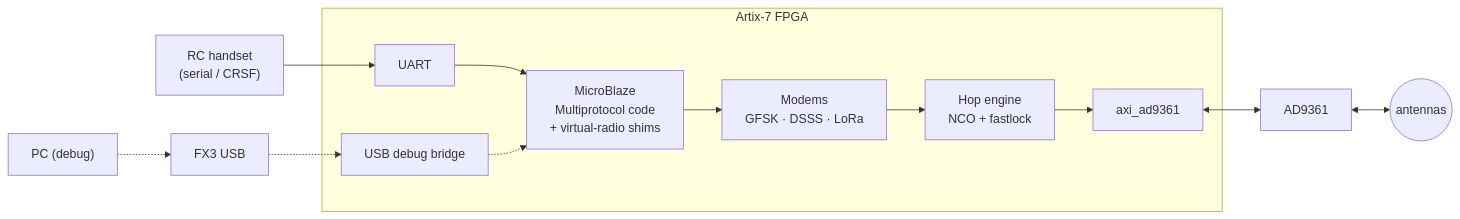
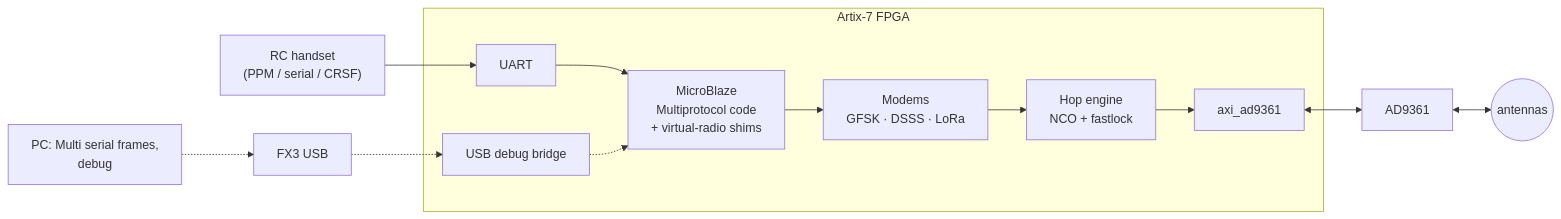
One commit to mynameisvaro/libresdr-multitx changed the diagram in README.md. Above: the diagram before and after it, drawn with Mermaid. The commit also changed other lines of this file and 16 other files, not shown here.

First line of the commit message:
Handset input from the PC: Multiprotocol serial frames over USB

````diff
--- a/README.md
+++ b/README.md
@@ -32,15 +33,15 @@
 ```mermaid
 flowchart LR
   subgraph fpga["Artix-7 FPGA"]
     uart[UART] --> mb["MicroBlaze<br/>Multiprotocol code<br/>+ virtual-radio shims"]
     mb --> modems["Modems<br/>GFSK · DSSS · LoRa"]
     modems --> hop["Hop engine<br/>NCO + fastlock"]
     hop --> ad_if[axi_ad9361]
     usb[USB debug bridge] -.-> mb
   end
-  handset["RC handset<br/>(serial / CRSF)"] --> uart
+  handset["RC handset<br/>(PPM / serial / CRSF)"] --> uart
   ad_if <--> ad9361[AD9361]
   ad9361 <--> ant(("antennas"))
-  pc["PC (debug)"] -.-> fx3[FX3 USB]
+  pc["PC: Multi serial frames,<br/>debug"] -.-> fx3[FX3 USB]
   fx3 -.-> usb
 ```
````
